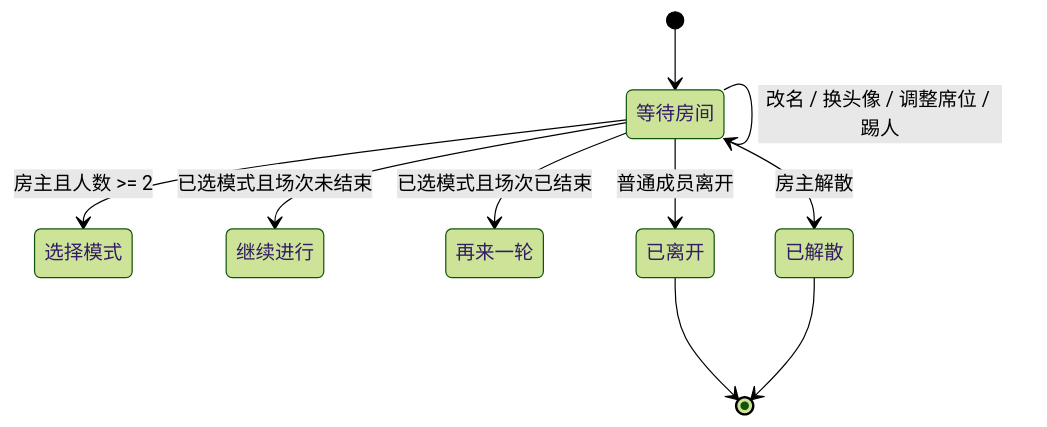
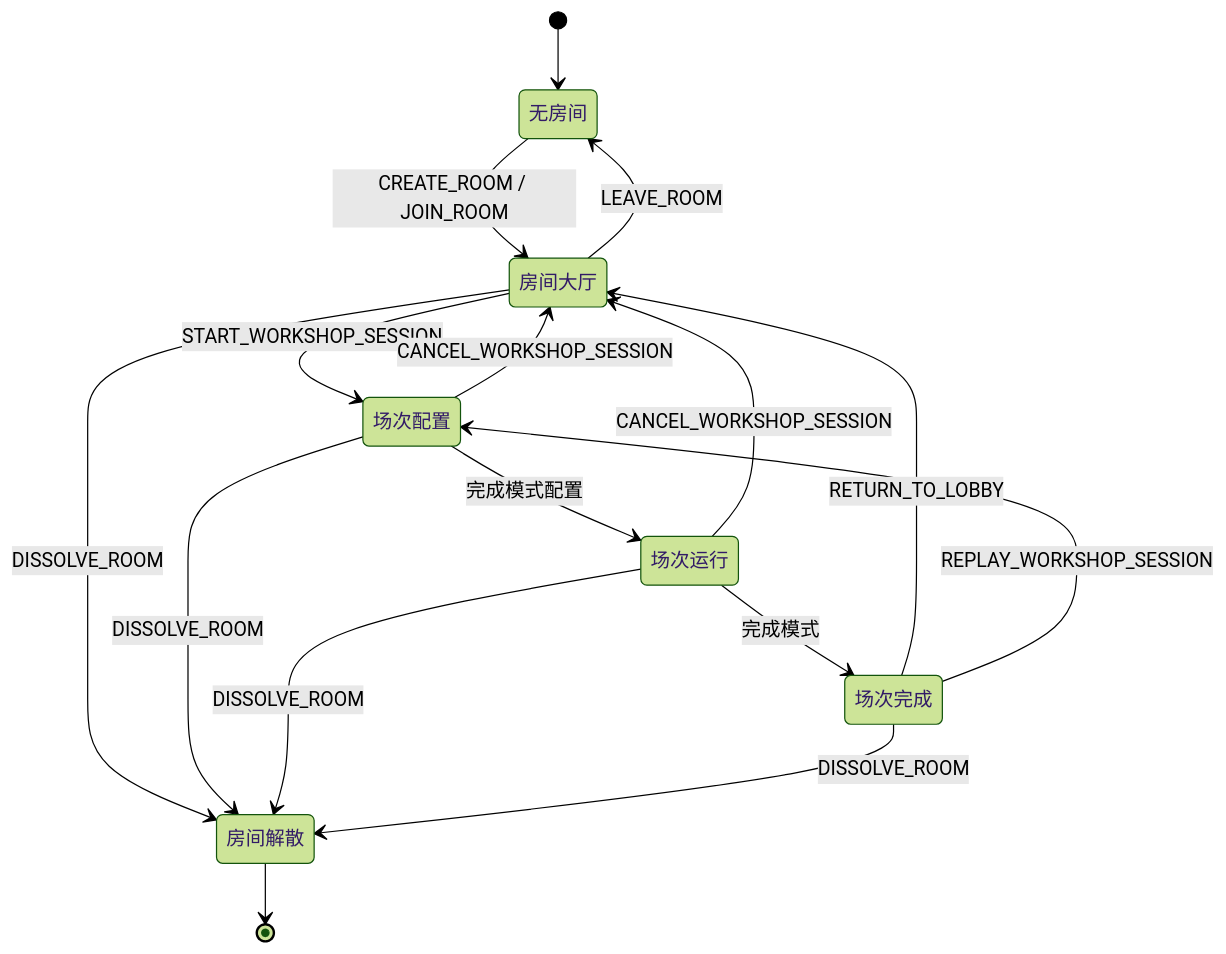
One commit to Bubble-419/cardboard-miniprogram changed the first of 14 diagrams in docs/ROOM_BUSINESS_FLOWS.md. Above: the diagram before and after it, drawn with Mermaid (forest theme). The commit also changed other lines of this file and 26 other files, not shown here.

````diff
--- a/docs/ROOM_BUSINESS_FLOWS.md
+++ b/docs/ROOM_BUSINESS_FLOWS.md
@@ -68,12 +7,18 @@
 ```mermaid
 stateDiagram-v2
-  [*] --> 等待房间
-  等待房间 --> 选择模式: 房主且人数 >= 2
-  等待房间 --> 继续进行: 已选模式且场次未结束
-  等待房间 --> 再来一轮: 已选模式且场次已结束
-  等待房间 --> 已离开: 普通成员离开
-  等待房间 --> 已解散: 房主解散
-  等待房间 --> 等待房间: 改名 / 换头像 / 调整席位 / 踢人
-  已离开 --> [*]
-  已解散 --> [*]
+  [*] --> 无房间
+  无房间 --> 房间大厅: CREATE_ROOM / JOIN_ROOM
+  房间大厅 --> 场次配置: START_WORKSHOP_SESSION
+  场次配置 --> 场次运行: 完成模式配置
+  场次运行 --> 场次完成: 完成模式
+  场次配置 --> 房间大厅: CANCEL_WORKSHOP_SESSION
+  场次运行 --> 房间大厅: CANCEL_WORKSHOP_SESSION
+  场次完成 --> 房间大厅: RETURN_TO_LOBBY
+  场次完成 --> 场次配置: REPLAY_WORKSHOP_SESSION
+  房间大厅 --> 无房间: LEAVE_ROOM
+  房间大厅 --> 房间解散: DISSOLVE_ROOM
+  场次配置 --> 房间解散: DISSOLVE_ROOM
+  场次运行 --> 房间解散: DISSOLVE_ROOM
+  场次完成 --> 房间解散: DISSOLVE_ROOM
+  房间解散 --> [*]
 ```
````
